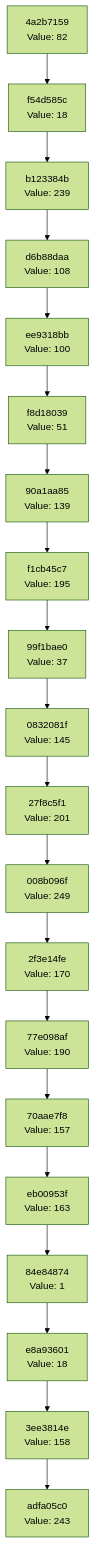
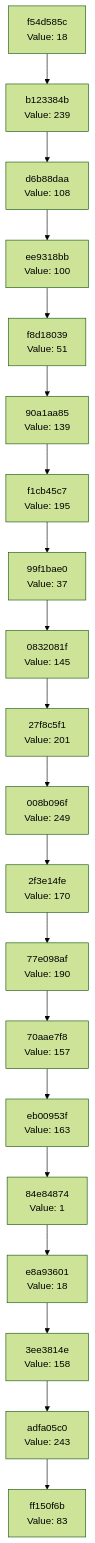
Before and after one commit to Abhisheksinha1506/hash-chain-evolver: the diagram in docs/CHAIN_VISUALIZATION.md, drawn with Mermaid (forest theme). The commit also changed 2 other files, not shown here.

Commit message:
Evolution step: hash 0x53 → action executed

````diff
--- a/docs/CHAIN_VISUALIZATION.md
+++ b/docs/CHAIN_VISUALIZATION.md
@@ -3,42 +3,42 @@
 ```mermaid
 graph TD
-    C0["adfa05c0<br/>Value: 243"]
-    C1["3ee3814e<br/>Value: 158"]
+    C0["ff150f6b<br/>Value: 83"]
+    C1["adfa05c0<br/>Value: 243"]
     C1 --> C0
-    C2["e8a93601<br/>Value: 18"]
+    C2["3ee3814e<br/>Value: 158"]
     C2 --> C1
-    C3["84e84874<br/>Value: 1"]
+    C3["e8a93601<br/>Value: 18"]
     C3 --> C2
-    C4["eb00953f<br/>Value: 163"]
+    C4["84e84874<br/>Value: 1"]
     C4 --> C3
-    C5["70aae7f8<br/>Value: 157"]
+    C5["eb00953f<br/>Value: 163"]
     C5 --> C4
-    C6["77e098af<br/>Value: 190"]
+    C6["70aae7f8<br/>Value: 157"]
     C6 --> C5
-    C7["2f3e14fe<br/>Value: 170"]
+    C7["77e098af<br/>Value: 190"]
     C7 --> C6
-    C8["008b096f<br/>Value: 249"]
+    C8["2f3e14fe<br/>Value: 170"]
     C8 --> C7
-    C9["27f8c5f1<br/>Value: 201"]
+    C9["008b096f<br/>Value: 249"]
     C9 --> C8
-    C10["0832081f<br/>Value: 145"]
+    C10["27f8c5f1<br/>Value: 201"]
     C10 --> C9
-    C11["99f1bae0<br/>Value: 37"]
+    C11["0832081f<br/>Value: 145"]
     C11 --> C10
-    C12["f1cb45c7<br/>Value: 195"]
+    C12["99f1bae0<br/>Value: 37"]
     C12 --> C11
-    C13["90a1aa85<br/>Value: 139"]
+    C13["f1cb45c7<br/>Value: 195"]
     C13 --> C12
-    C14["f8d18039<br/>Value: 51"]
+    C14["90a1aa85<br/>Value: 139"]
     C14 --> C13
-    C15["ee9318bb<br/>Value: 100"]
+    C15["f8d18039<br/>Value: 51"]
     C15 --> C14
-    C16["d6b88daa<br/>Value: 108"]
+    C16["ee9318bb<br/>Value: 100"]
     C16 --> C15
-    C17["b123384b<br/>Value: 239"]
+    C17["d6b88daa<br/>Value: 108"]
     C17 --> C16
-    C18["f54d585c<br/>Value: 18"]
+    C18["b123384b<br/>Value: 239"]
     C18 --> C17
-    C19["4a2b7159<br/>Value: 82"]
+    C19["f54d585c<br/>Value: 18"]
     C19 --> C18
 ```
````
